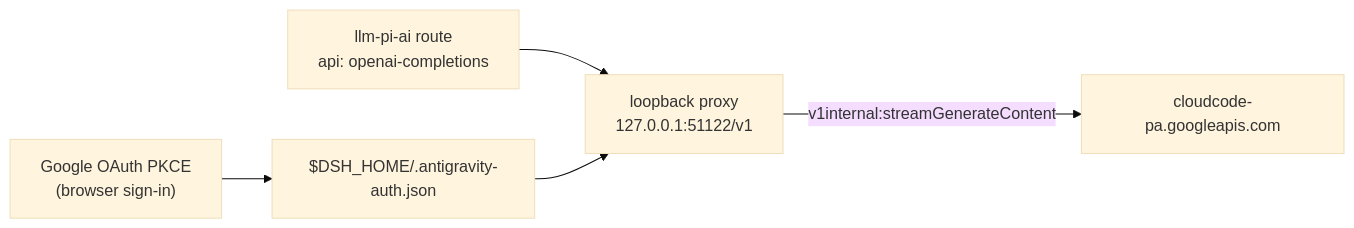
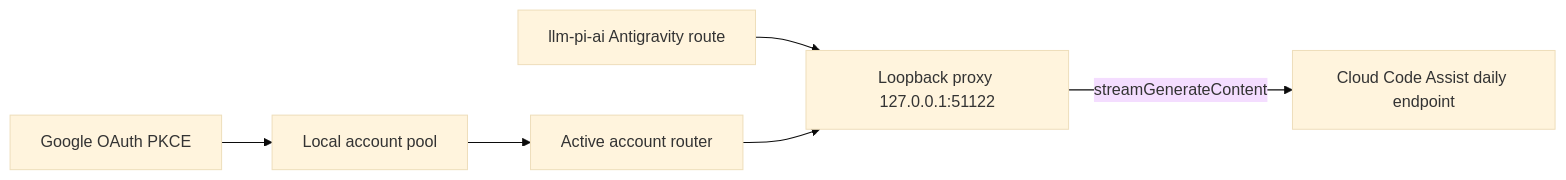
One commit to shaomingbo/dsh-subscription-antigravity changed the diagram in README.md. Above: the diagram before and after it, drawn with Mermaid (base theme). The commit also changed other lines of this file and 18 other files, not shown here.

First line of the commit message:
v0.2.0: add Antigravity multi-account pool

````diff
--- a/README.md
+++ b/README.md
@@ -92,7 +101,8 @@
 ```mermaid
 flowchart LR
-    A["llm-pi-ai route<br/>api: openai-completions"] --> B["loopback proxy<br/>127.0.0.1:51122/v1"]
-    B -->|"v1internal:streamGenerateContent"| C["cloudcode-pa.googleapis.com"]
-    D["Google OAuth PKCE<br/>(browser sign-in)"] --> E["$DSH_HOME/.antigravity-auth.json"]
-    E --> B
+    A["llm-pi-ai Antigravity route"] --> B["Loopback proxy 127.0.0.1:51122"]
+    B -->|streamGenerateContent| C["Cloud Code Assist daily endpoint"]
+    D["Google OAuth PKCE"] --> E["Local account pool"]
+    E --> F["Active account router"]
+    F --> B
 ```
````
